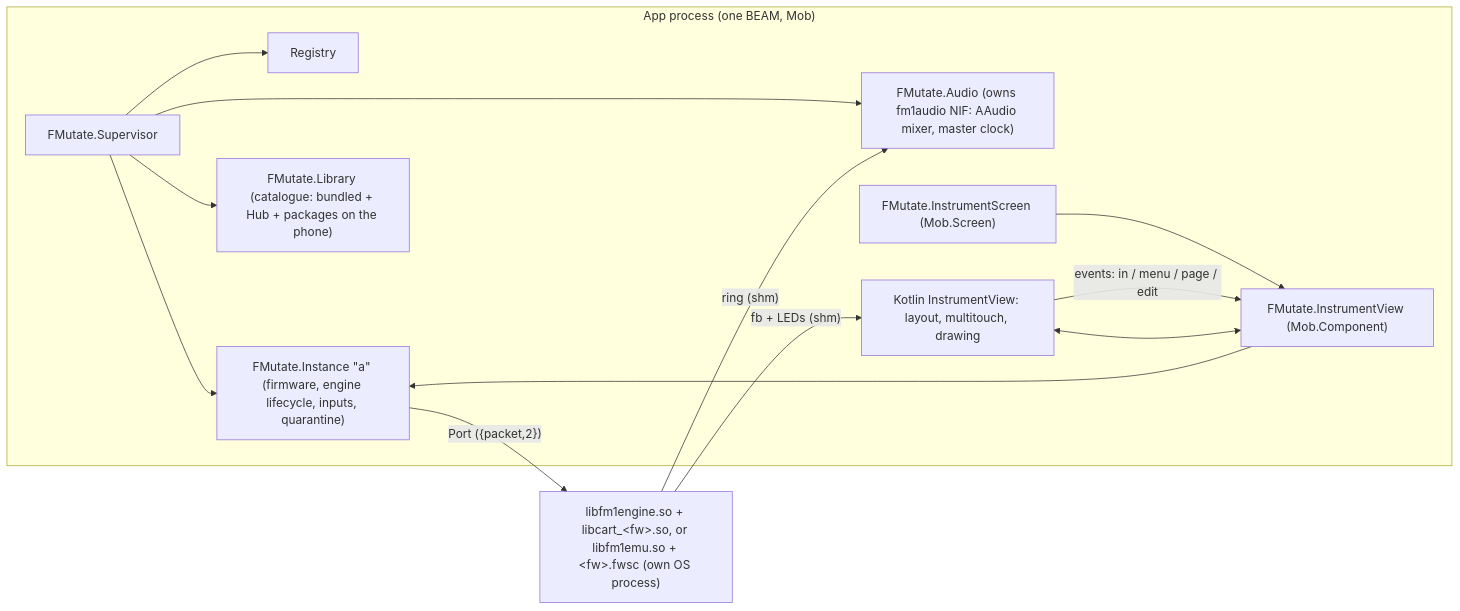
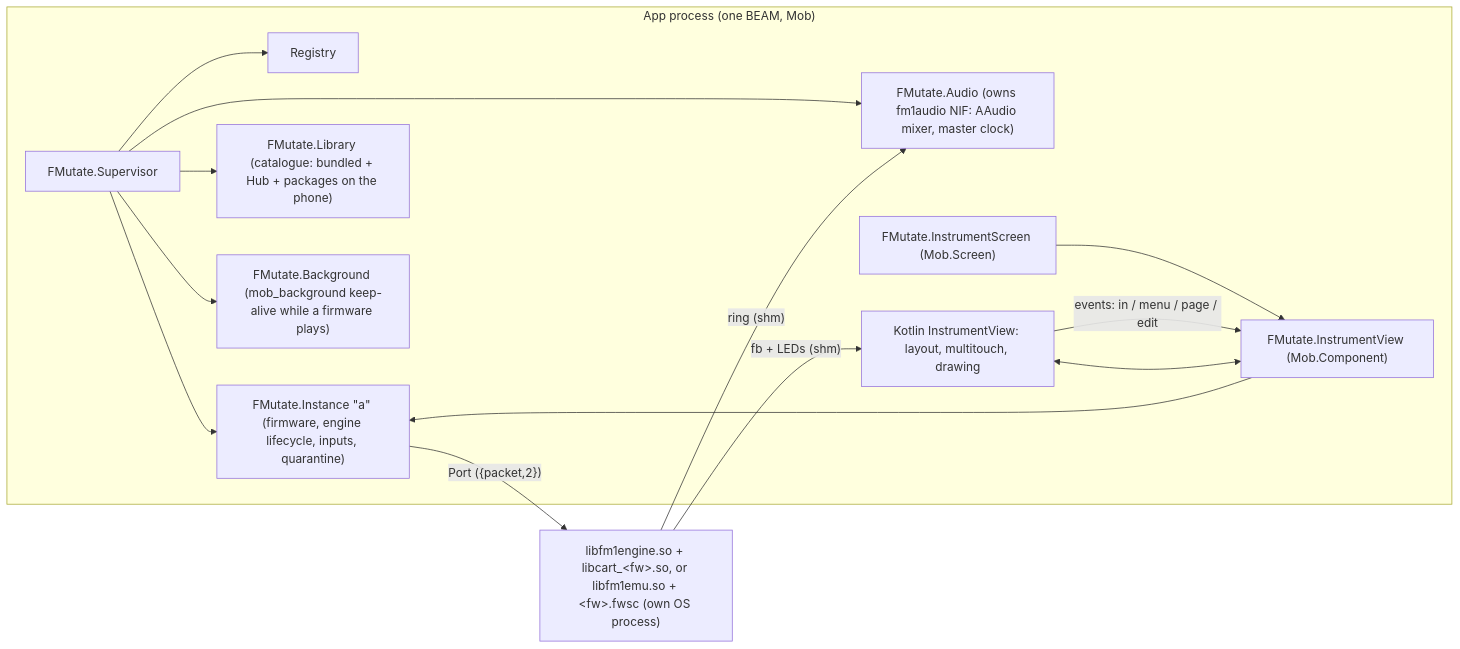
The diagram in docs/architecture.md (GenericJam/fmutate), drawn with Mermaid before and after one commit. The commit also changed other lines of this file and 15 other files, not shown here.

First line of the commit message:
Keep playing in the background: mob_background's mediaPlayback foreground service while a firmware plays

````diff
--- a/docs/architecture.md
+++ b/docs/architecture.md
@@ -9,15 +9,16 @@
 ```mermaid
 flowchart LR
   subgraph app["App process (one BEAM, Mob)"]
     SUP[FMutate.Supervisor] --> REG[Registry]
     SUP --> AUD["FMutate.Audio (owns fm1audio NIF: AAudio mixer, master clock)"]
     SUP --> INST["FMutate.Instance &quot;a&quot; (firmware, engine lifecycle, inputs, quarantine)"]
     SUP --> LIB["FMutate.Library (catalogue: bundled + Hub + packages on the phone)"]
+    SUP --> BG["FMutate.Background (mob_background keep-alive while a firmware plays)"]
     SCR["FMutate.InstrumentScreen (Mob.Screen)"] --> VIEW["FMutate.InstrumentView (Mob.Component)"]
     VIEW <--> KT["Kotlin InstrumentView: layout, multitouch, drawing"]
   end
   INST -- "Port ({packet,2})" --> ENG["libfm1engine.so + libcart_&lt;fw&gt;.so, or libfm1emu.so + &lt;fw&gt;.fwsc (own OS process)"]
   ENG -- "ring (shm)" --> AUD
   ENG -- "fb + LEDs (shm)" --> KT
   KT -- "events: in / menu / page / edit" --> VIEW --> INST
 ```
````
